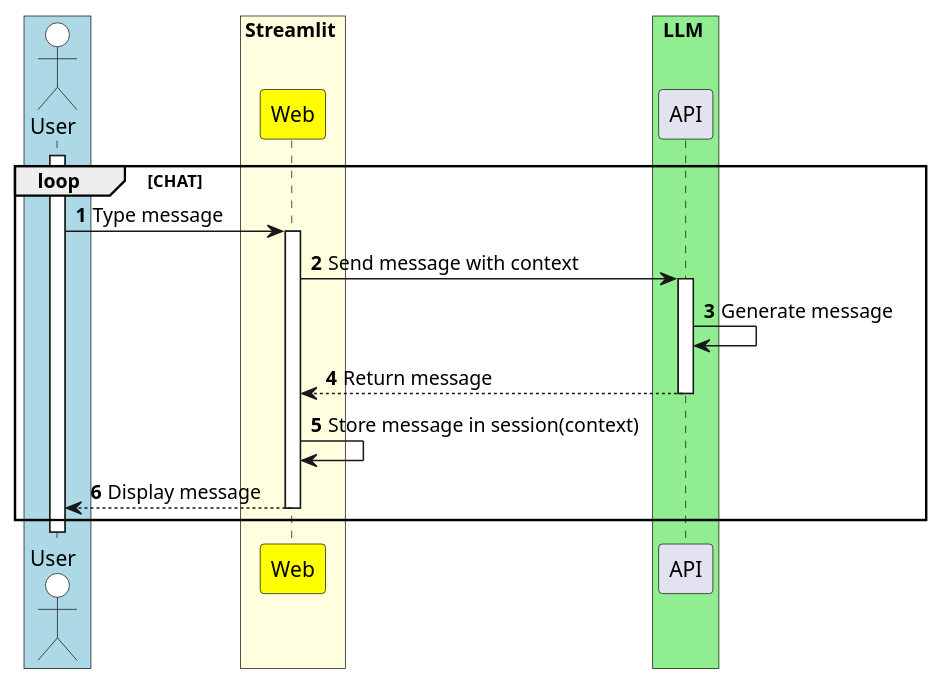
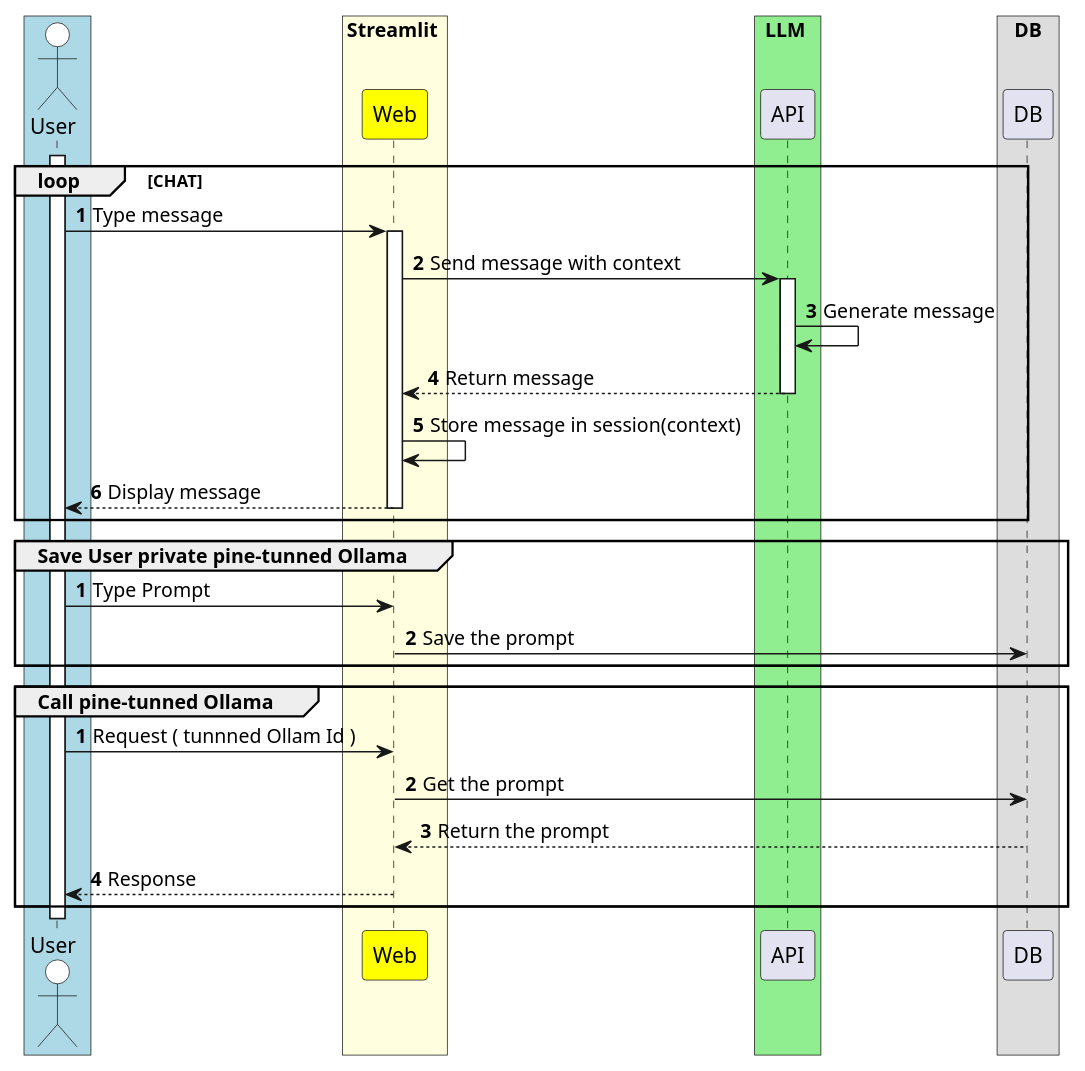
The diagram in diagram/sequence.puml (Skkuhodomo/llama_chat_memory), drawn with PlantUML before and after one commit. The commit also changed 1 other file, not shown here.

Commit message:
update sequence diagram(will be updated)

```diff
--- a/diagram/sequence.puml
+++ b/diagram/sequence.puml
@@ -1,30 +1,46 @@
 @startuml llama
 box #LightBlue
 actor "User" #White
 end box
 
 box Streamlit #LightYellow
 participant "Web" #Yellow
 end box
 box LLM #LightGreen
 participant "API" 
 end box
-
+box DB 
+participant "DB"
+end box
 
 loop CHAT
 autonumber
 activate User 
 User -> Web : Type message
 activate Web 
 Web -> API : Send message with context
 activate API 
 API -> API : Generate message
 API --> Web : Return message
 deactivate API
 Web -> Web : Store message in session(context)
 Web --> User : Display message
 deactivate Web
 end
 
+group Save User private pine-tunned Ollama
 
+autonumber
+activate User
+User -> Web : Type Prompt
+Web -> DB   : Save the prompt
+end 
+group Call pine-tunned Ollama
+autonumber
+activate User
+User -> Web : Request ( tunnned Ollam Id )
+Web -> DB   : Get the prompt
+DB --> Web   : Return the prompt
+Web --> User : Response 
+end 
 @enduml
```
